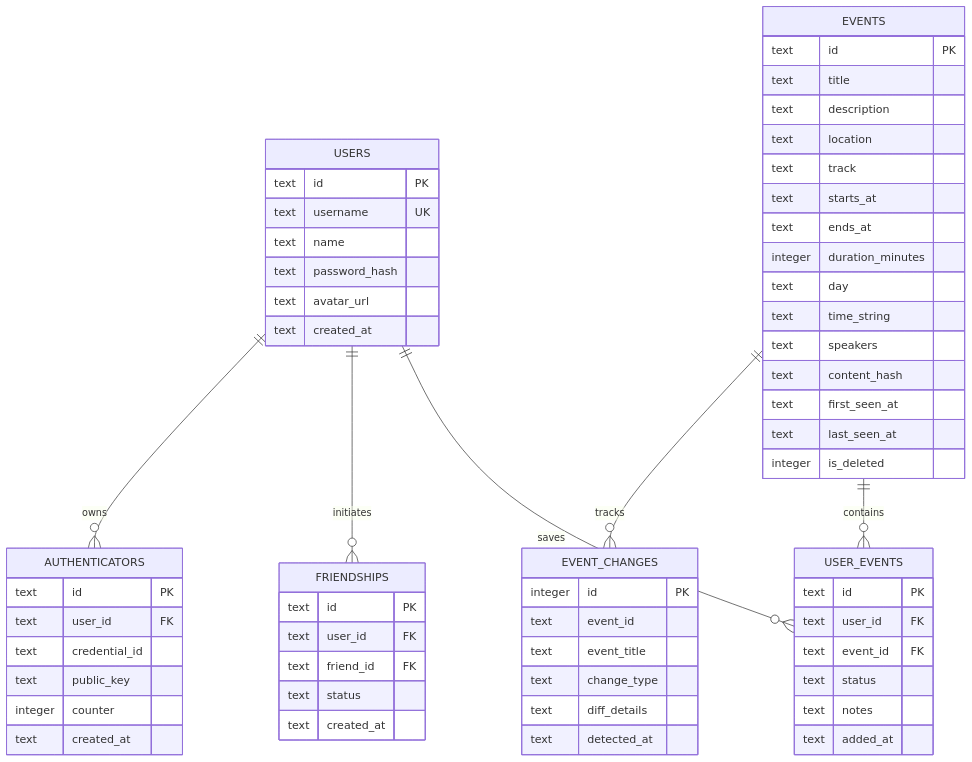
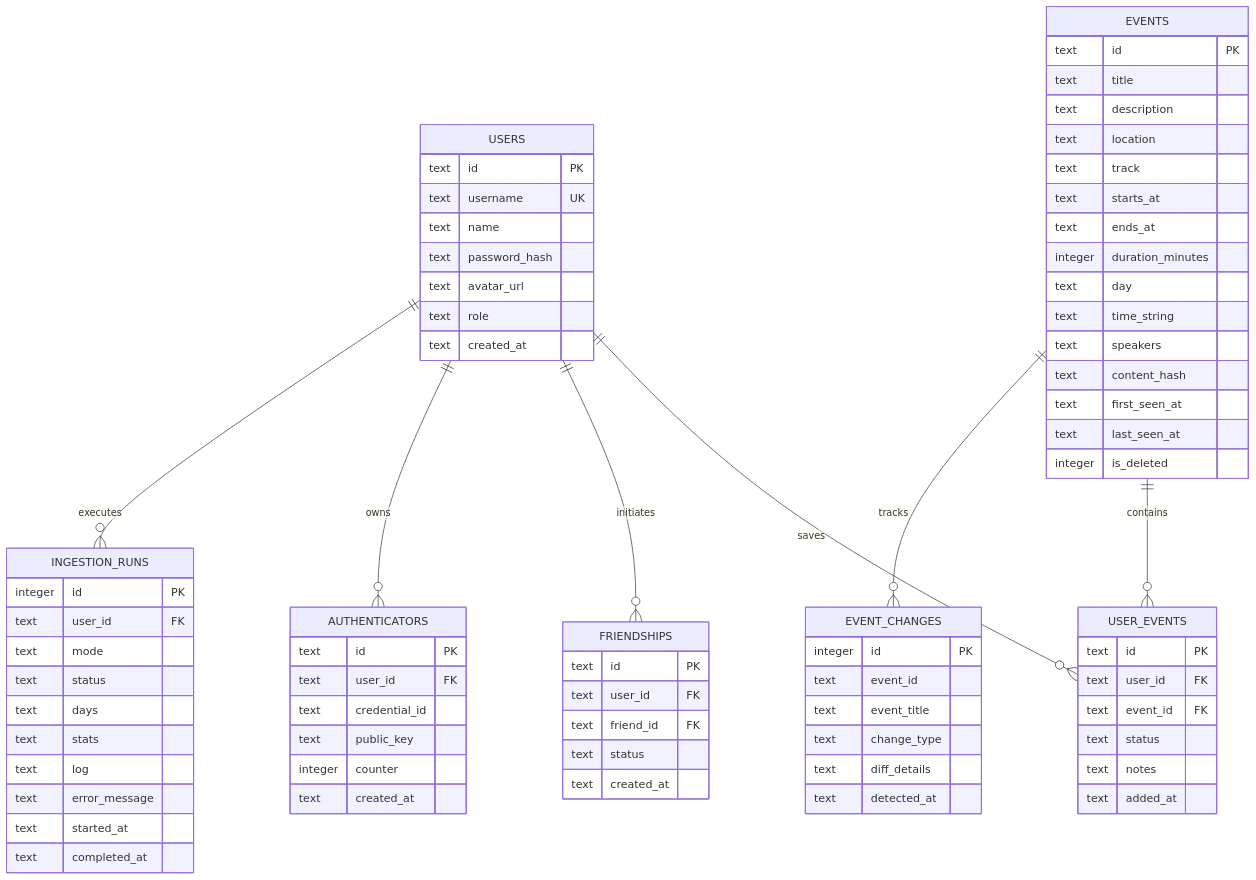
One commit to martinrojas/dragoncon-2026 changed the second of 3 diagrams in docs/SYSTEM_DESIGN.md. Above: the diagram before and after it, drawn with Mermaid. The commit also changed other lines of this file and 34 other files, not shown here.

````diff
--- a/docs/SYSTEM_DESIGN.md
+++ b/docs/SYSTEM_DESIGN.md
@@ -114,6 +129,7 @@
     USERS ||--o{ USER_EVENTS : saves
     USERS ||--o{ FRIENDSHIPS : initiates
     USERS ||--o{ AUTHENTICATORS : owns
+    USERS ||--o{ INGESTION_RUNS : executes
     EVENTS ||--o{ USER_EVENTS : contains
     EVENTS ||--o{ EVENT_CHANGES : tracks
 
@@ -141,6 +157,7 @@
         text name
         text password_hash
         text avatar_url
+        text role
         text created_at
     }
 
@@ -178,4 +195,17 @@
         integer counter
         text created_at
     }
+
+    INGESTION_RUNS {
+        integer id PK
+        text user_id FK
+        text mode
+        text status
+        text days
+        text stats
+        text log
+        text error_message
+        text started_at
+        text completed_at
+    }
 ```
````
